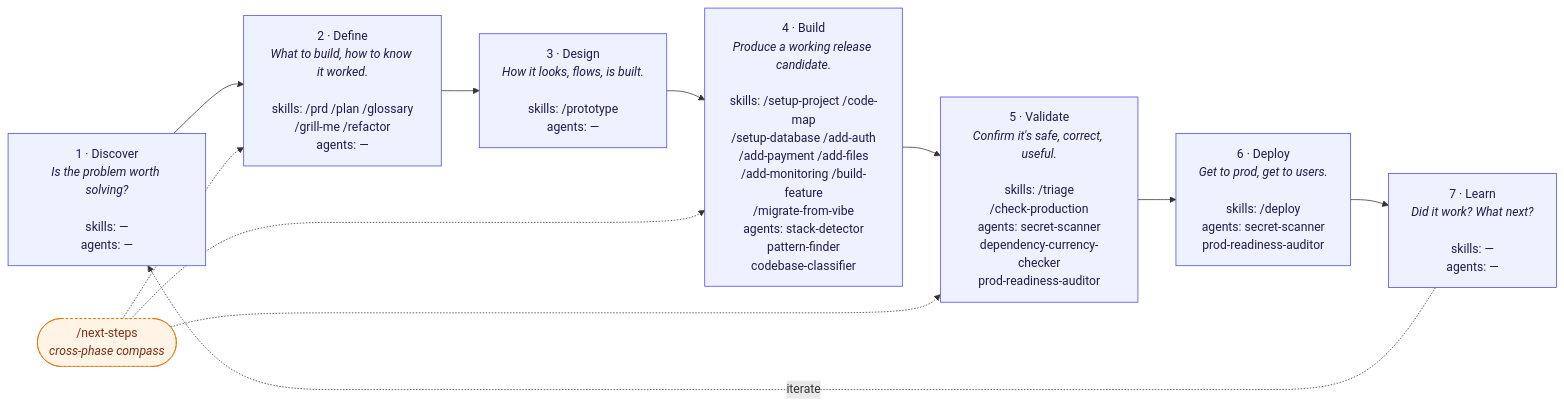
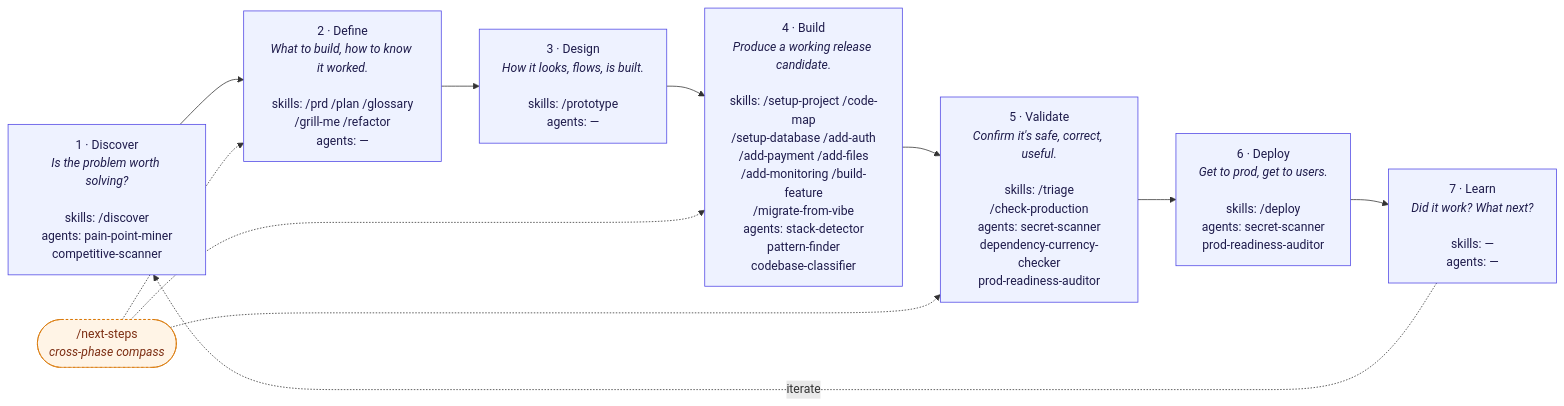
One commit to jnlanahan/Product-Agents-and-Skills changed the diagram in MAP.md. Above: the diagram before and after it, drawn with Mermaid. The commit also changed other lines of this file and 13 other files, not shown here.

````diff
--- a/MAP.md
+++ b/MAP.md
@@ -35,20 +35,20 @@
 ```mermaid
 flowchart LR
-    P1["1 · Discover<br/><i>Is the problem worth solving?</i><br/><br/>skills: —<br/>agents: —"]
+    P1["1 · Discover<br/><i>Is the problem worth solving?</i><br/><br/>skills: /discover<br/>agents: pain-point-miner<br/>competitive-scanner"]
     P2["2 · Define<br/><i>What to build, how to know it worked.</i><br/><br/>skills: /prd /plan /glossary<br/>/grill-me /refactor<br/>agents: —"]
     P3["3 · Design<br/><i>How it looks, flows, is built.</i><br/><br/>skills: /prototype<br/>agents: —"]
     P4["4 · Build<br/><i>Produce a working release candidate.</i><br/><br/>skills: /setup-project /code-map<br/>/setup-database /add-auth<br/>/add-payment /add-files<br/>/add-monitoring /build-feature<br/>/migrate-from-vibe<br/>agents: stack-detector<br/>pattern-finder<br/>codebase-classifier"]
     P5["5 · Validate<br/><i>Confirm it's safe, correct, useful.</i><br/><br/>skills: /triage<br/>/check-production<br/>agents: secret-scanner<br/>dependency-currency-checker<br/>prod-readiness-auditor"]
     P6["6 · Deploy<br/><i>Get to prod, get to users.</i><br/><br/>skills: /deploy<br/>agents: secret-scanner<br/>prod-readiness-auditor"]
     P7["7 · Learn<br/><i>Did it work? What next?</i><br/><br/>skills: —<br/>agents: —"]
 
     P1 --> P2 --> P3 --> P4 --> P5 --> P6 --> P7
     P7 -. iterate .-> P1
 
     NS(["/next-steps<br/><i>cross-phase compass</i>"]):::cross
     NS -.-> P2 & P4 & P5
 
     classDef phase fill:#eef2ff,stroke:#4f46e5,color:#1e1b4b;
     classDef cross fill:#fff4e6,stroke:#d97706,color:#7c2d12,stroke-dasharray: 3 3;
     class P1,P2,P3,P4,P5,P6,P7 phase;
 ```
````
